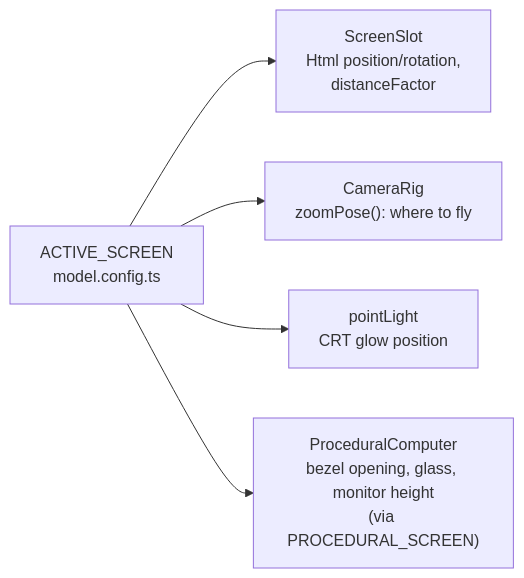
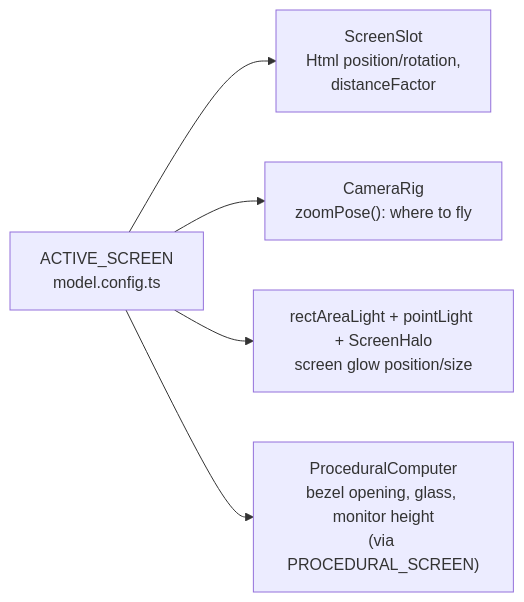
One commit to LinhL1/linh-le-2 changed the second of 5 diagrams in docs/3D_ARCHITECTURE.md. Above: the diagram before and after it, drawn with Mermaid. The commit also changed other lines of this file and 12 other files, not shown here.

````diff
--- a/docs/3D_ARCHITECTURE.md
+++ b/docs/3D_ARCHITECTURE.md
@@ -86,7 +89,7 @@
 ```mermaid
 graph LR
     CFG["ACTIVE_SCREEN<br/>model.config.ts"] --> SS["ScreenSlot<br/>Html position/rotation,<br/>distanceFactor"]
     CFG --> CR["CameraRig<br/>zoomPose(): where to fly"]
-    CFG --> PL["pointLight<br/>CRT glow position"]
+    CFG --> PL["rectAreaLight + pointLight + ScreenHalo<br/>screen glow position/size"]
     CFG --> PC["ProceduralComputer<br/>bezel opening, glass, monitor height<br/>(via PROCEDURAL_SCREEN)"]
 ```
````
